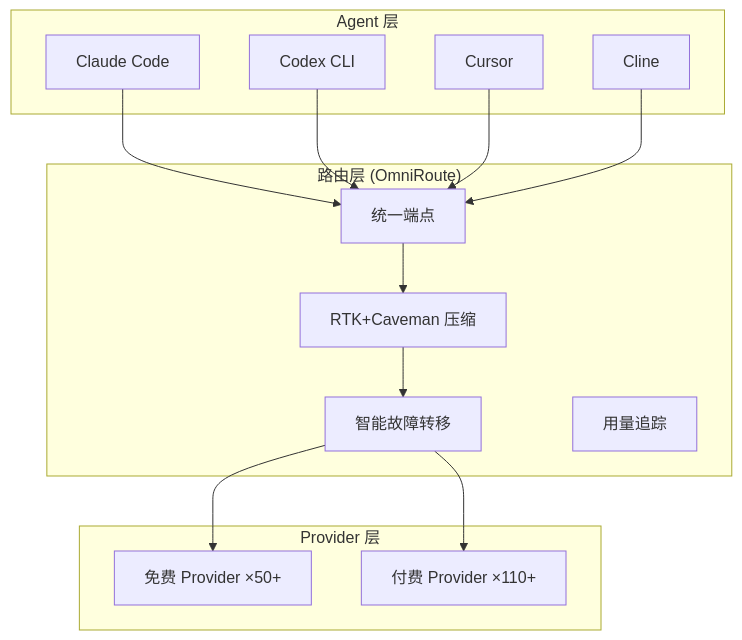
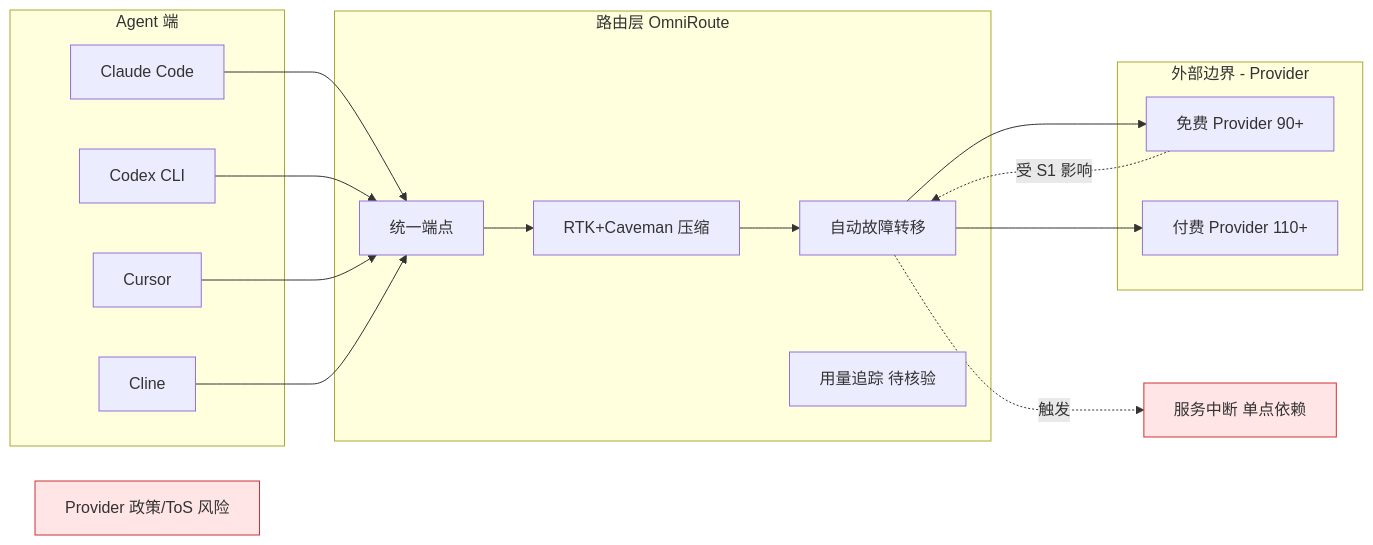
One commit to aiutil/github-researcher changed the diagram in projects/omniroute.md. Above: the diagram before and after it, drawn with Mermaid. The commit also changed other lines of this file and 939 other files, not shown here.

Commit message:
feat: add architect briefs and Mermaid project maps

````diff
--- a/projects/omniroute.md
+++ b/projects/omniroute.md
@@ -40,30 +53,37 @@
 ```mermaid
-flowchart TB
-    subgraph "Agent 层"
+flowchart LR
+    subgraph "Agent 端"
         A1[Claude Code]
         A2[Codex CLI]
         A3[Cursor]
         A4[Cline]
     end
-    
-    subgraph "路由层 (OmniRoute)"
+
+    subgraph "路由层 OmniRoute"
         R1[统一端点]
         R2[RTK+Caveman 压缩]
-        R3[智能故障转移]
-        R4[用量追踪]
+        R3[自动故障转移]
+        R4[用量追踪 待核验]
     end
-    
-    subgraph "Provider 层"
-        P1[免费 Provider ×50+]
-        P2[付费 Provider ×110+]
+
+    subgraph "外部边界 - Provider"
+        P1[免费 Provider 90+]
+        P2[付费 Provider 110+]
     end
-    
+
+    S1[Provider 政策/ToS 风险]:::risk
+    S2[服务中断 单点依赖]:::risk
+
     A1 --> R1
     A2 --> R1
     A3 --> R1
     A4 --> R1
     R1 --> R2
     R2 --> R3
     R3 --> P1
     R3 --> P2
+    P1 -. 受 S1 影响 .-> R3
+    R3 -. 触发 .-> S2
+
+    classDef risk fill:#ffe5e5,stroke:#c33,stroke-width:1px
 ```
````
